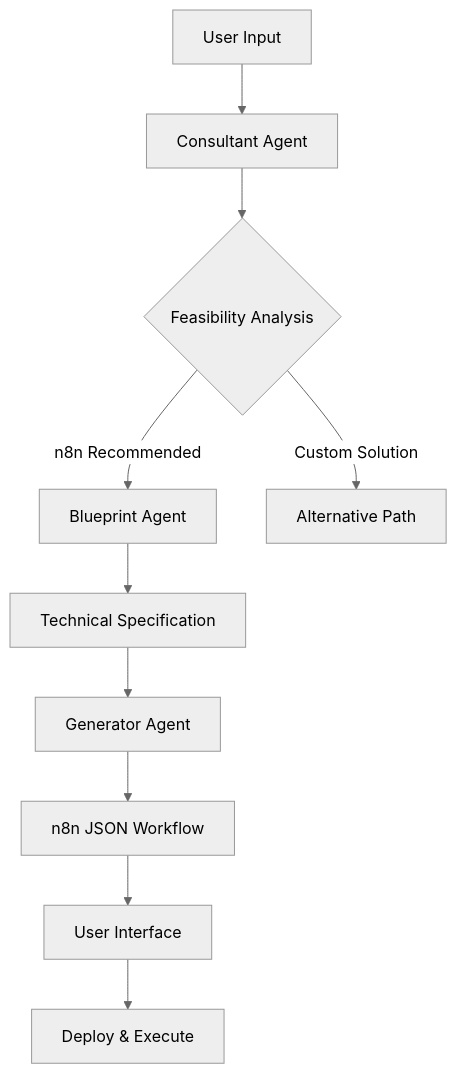
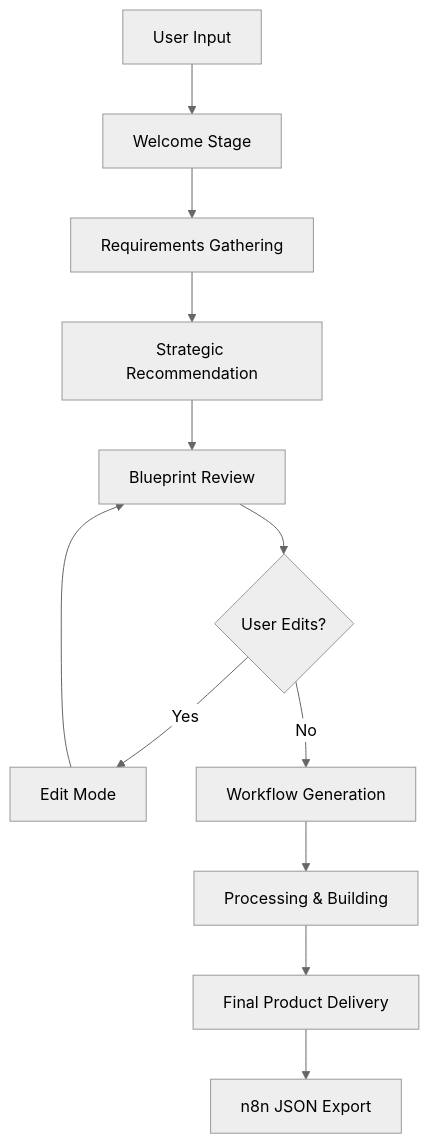
Before and after one commit to HarshaVardhani-5610/heph: the diagram in README.md, drawn with Mermaid (neutral theme). The commit also changed other lines of this file, not shown here.

First line of the commit message:
🔧 Fixed multi-agent architecture to reflect actual system

````diff
--- a/README.md
+++ b/README.md
@@ -40,12 +45,14 @@
 ```mermaid
 graph TD
-    A[User Input] --> B[Consultant Agent]
-    B --> C{Feasibility Analysis}
-    C -->|n8n Recommended| D[Blueprint Agent]
-    C -->|Custom Solution| E[Alternative Path]
-    D --> F[Technical Specification]
-    F --> G[Generator Agent]
-    G --> H[n8n JSON Workflow]
-    H --> I[User Interface]
-    I --> J[Deploy & Execute]
+    A[User Input] --> B[Welcome Stage]
+    B --> C[Requirements Gathering]
+    C --> D[Strategic Recommendation]
+    D --> E[Blueprint Review]
+    E --> F{User Edits?}
+    F -->|Yes| G[Edit Mode]
+    G --> E
+    F -->|No| H[Workflow Generation]
+    H --> I[Processing & Building]
+    I --> J[Final Product Delivery]
+    J --> K[n8n JSON Export]
 ```
````
